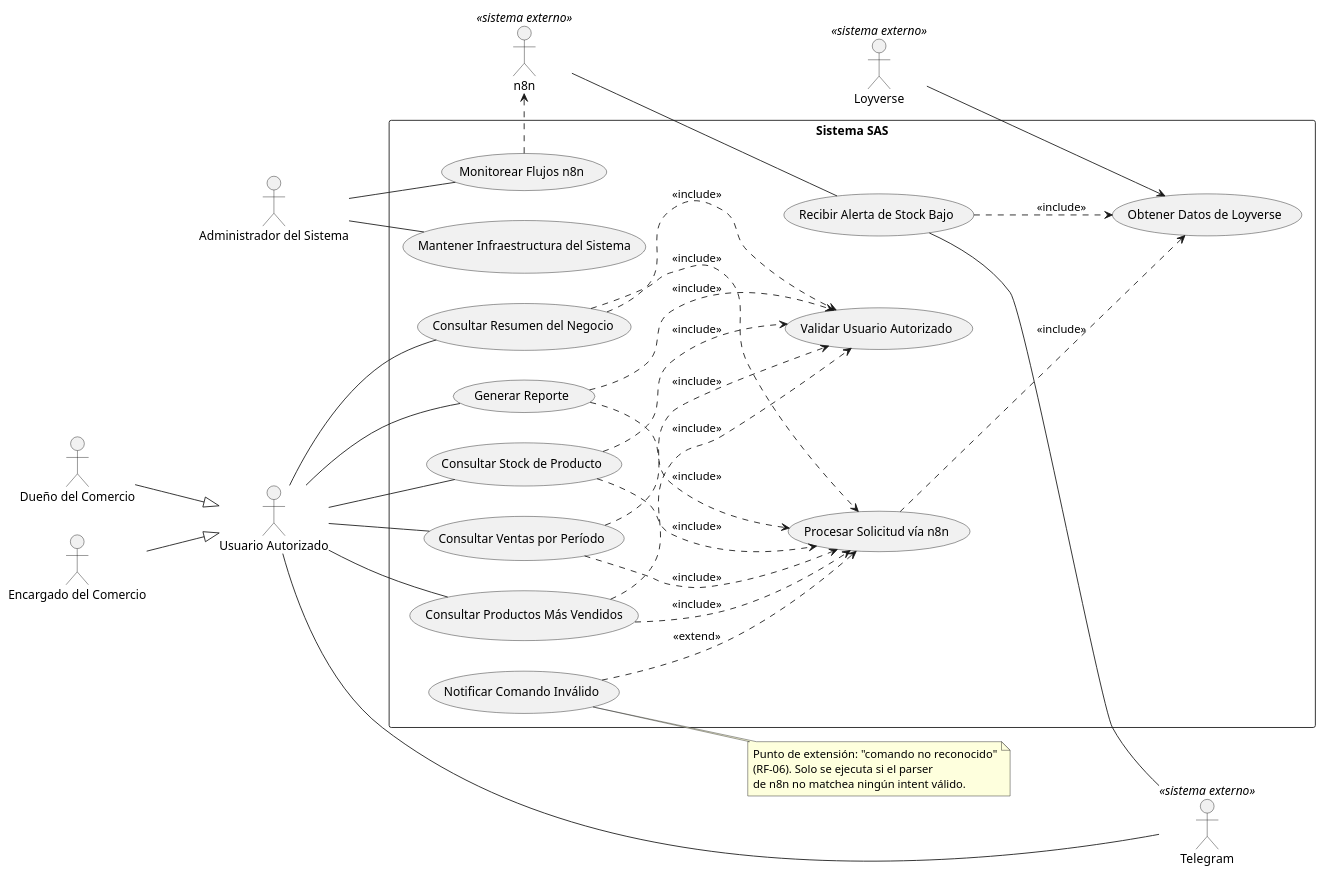
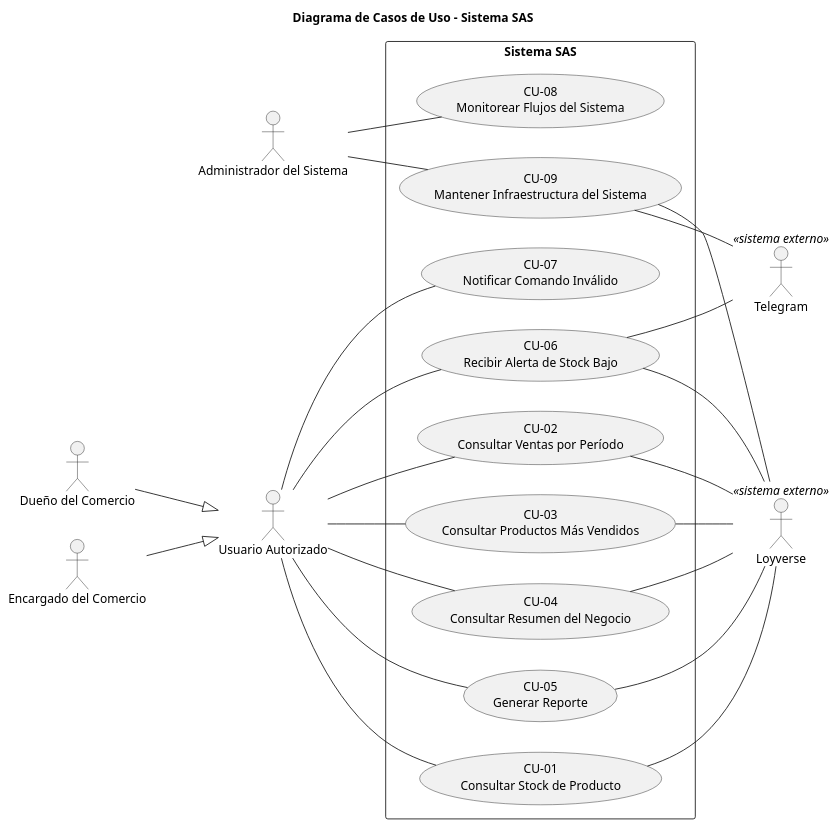
One commit to JOAC07/Grupo7 changed the diagram in diagramas/casos-de-uso.puml. Above: the diagram before and after it, drawn with PlantUML. The commit also changed other lines of this file, not shown here.

Commit message:
Refactor use case diagram for Sistema SAS

```diff
--- a/diagramas/casos-de-uso.puml
+++ b/diagramas/casos-de-uso.puml
@@ -29,68 +1,50 @@
 @startuml CU_SAS
+title Diagrama de Casos de Uso - Sistema SAS
 left to right direction
 skinparam packageStyle rectangle
 
 actor "Usuario Autorizado" as Usuario
 actor "Dueño del Comercio" as Dueno
 actor "Encargado del Comercio" as Encargado
 actor "Administrador del Sistema" as Admin
+actor "Loyverse" as LOY <<sistema externo>>
 actor "Telegram" as TG <<sistema externo>>
-actor "Loyverse" as LOY <<sistema externo>>
-actor "n8n" as N8N <<sistema externo>>
 
 Dueno --|> Usuario
 Encargado --|> Usuario
 
 rectangle "Sistema SAS" {
-  usecase "Consultar Stock de Producto" as UC1
-  usecase "Consultar Ventas por Período" as UC2
-  usecase "Consultar Productos Más Vendidos" as UC3
-  usecase "Consultar Resumen del Negocio" as UC4
-  usecase "Generar Reporte" as UC5
-  usecase "Recibir Alerta de Stock Bajo" as UC6
-  usecase "Validar Usuario Autorizado" as UC7
-  usecase "Procesar Solicitud vía n8n" as UC8
-  usecase "Obtener Datos de Loyverse" as UC9
-  usecase "Notificar Comando Inválido" as UC10
-  usecase "Monitorear Flujos n8n" as UC11
-  usecase "Mantener Infraestructura del Sistema" as UC12
+  usecase "CU-01\nConsultar Stock de Producto" as CU01
+  usecase "CU-02\nConsultar Ventas por Período" as CU02
+  usecase "CU-03\nConsultar Productos Más Vendidos" as CU03
+  usecase "CU-04\nConsultar Resumen del Negocio" as CU04
+  usecase "CU-05\nGenerar Reporte" as CU05
+  usecase "CU-06\nRecibir Alerta de Stock Bajo" as CU06
+  usecase "CU-07\nNotificar Comando Inválido" as CU07
+  usecase "CU-08\nMonitorear Flujos del Sistema" as CU08
+  usecase "CU-09\nMantener Infraestructura del Sistema" as CU09
 }
 
-Usuario -- UC1
-Usuario -- UC2
-Usuario -- UC3
-Usuario -- UC4
-Usuario -- UC5
-Usuario -- TG
+Usuario -- CU01
+Usuario -- CU02
+Usuario -- CU03
+Usuario -- CU04
+Usuario -- CU05
+Usuario -- CU06
+Usuario -- CU07
 
-UC1 ..> UC7 : <<include>>
-UC2 ..> UC7 : <<include>>
-UC3 ..> UC7 : <<include>>
-UC4 ..> UC7 : <<include>>
-UC5 ..> UC7 : <<include>>
+Admin -- CU08
+Admin -- CU09
 
-UC1 ..> UC8 : <<include>>
-UC2 ..> UC8 : <<include>>
-UC3 ..> UC8 : <<include>>
-UC4 ..> UC8 : <<include>>
-UC5 ..> UC8 : <<include>>
+CU01 -- LOY
+CU02 -- LOY
+CU03 -- LOY
+CU04 -- LOY
+CU05 -- LOY
+CU06 -- LOY
+CU09 -- LOY
 
-UC8 ..> UC9 : <<include>>
-UC6 ..> UC9 : <<include>>
-
-UC10 ..> UC8 : <<extend>>
-note right of UC10
-  Punto de extensión: "comando no reconocido"
-  (RF-06). Solo se ejecuta si el parser
-  de n8n no matchea ningún intent válido.
-end note
-
-N8N -- UC6
-UC6 -- TG
-LOY --> UC9
-
-Admin -- UC11
-Admin -- UC12
-UC11 ..> N8N
+CU06 -- TG
+CU09 -- TG
 
 @enduml
```
